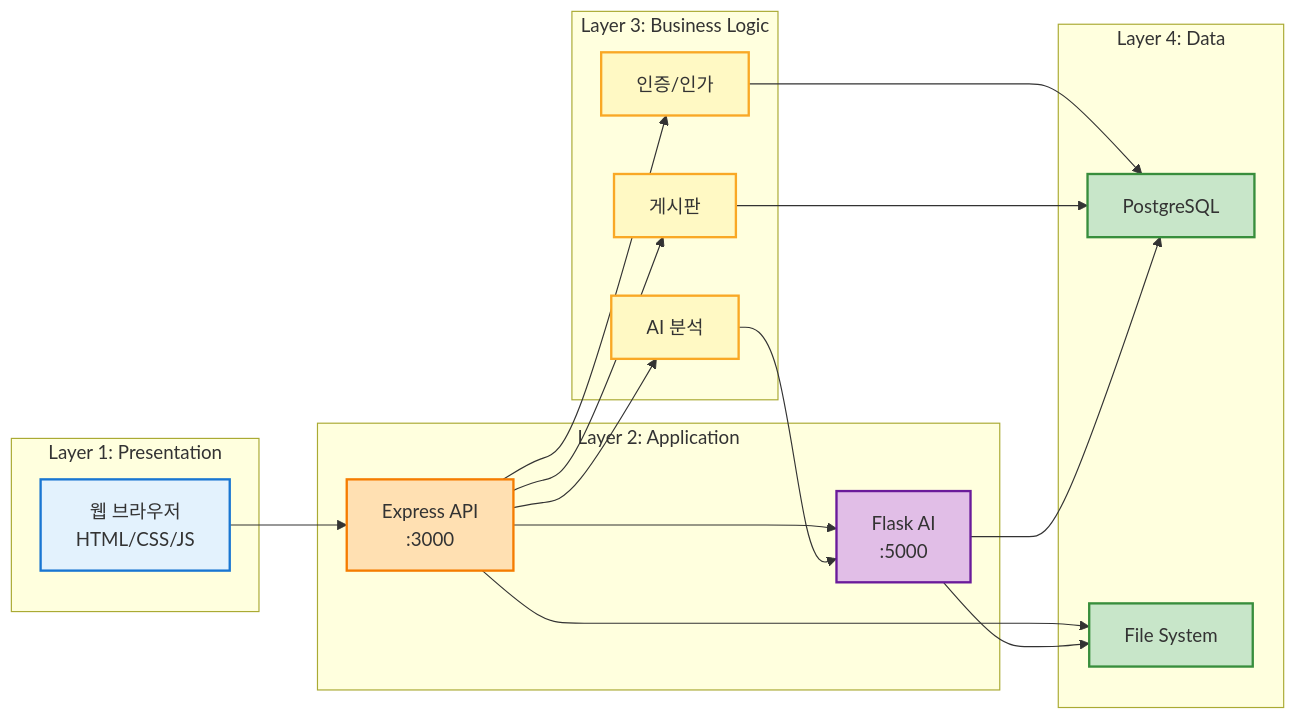
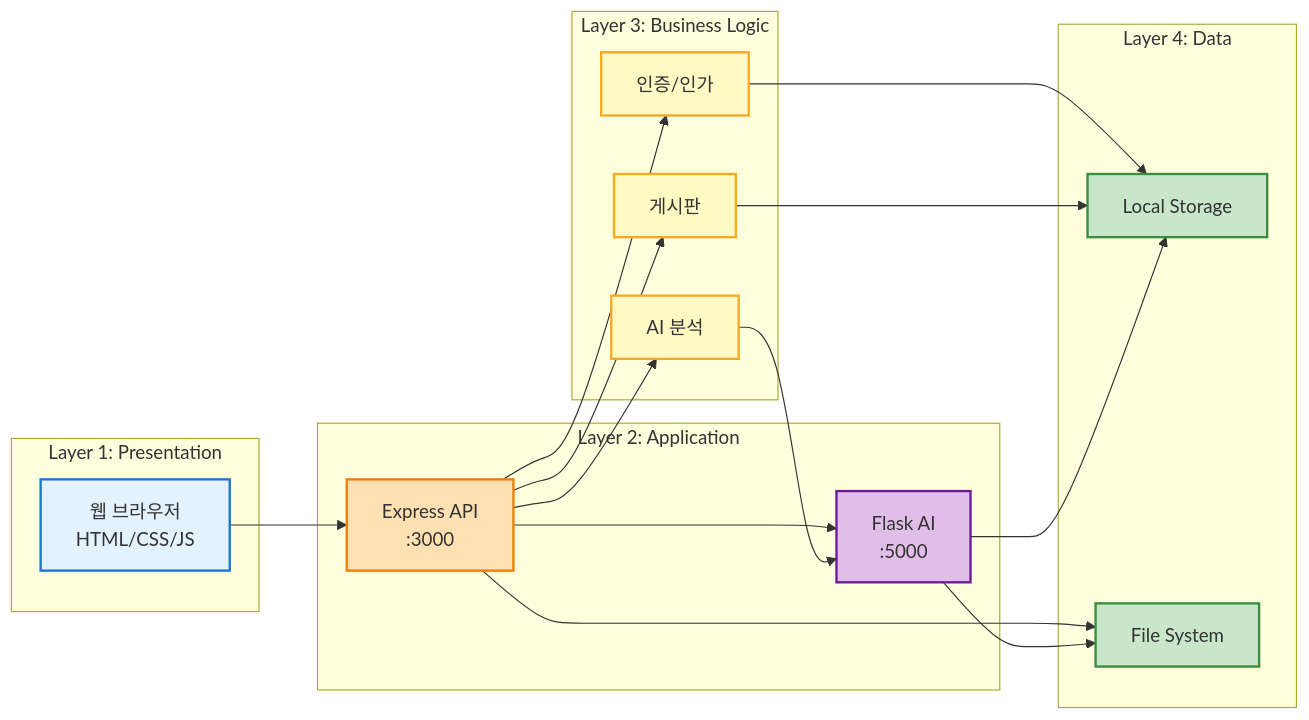
Before and after one commit to kyoe-23/DeepLearning_project: the second of 12 diagrams in Architecture.md, drawn with Mermaid. The commit also changed other lines of this file, not shown here.

Commit message:
수정 복구

````diff
--- a/Architecture.md
+++ b/Architecture.md
@@ -94,43 +94,43 @@
 ```mermaid
 graph LR
     subgraph "Layer 1: Presentation"
         UI["웹 브라우저<br/>HTML/CSS/JS"]
     end
 
     subgraph "Layer 2: Application"
         API["Express API<br/>:3000"]
         AI["Flask AI<br/>:5000"]
     end
 
     subgraph "Layer 3: Business Logic"
         AUTH["인증/인가"]
         BOARD["게시판"]
         ANALYSIS["AI 분석"]
     end
 
     subgraph "Layer 4: Data"
-        DB["PostgreSQL"]
+        DB["Local Storage"]
         FS["File System"]
     end
 
     UI --> API
     API --> AI
     API --> AUTH
     API --> BOARD
     API --> ANALYSIS
     AUTH --> DB
     BOARD --> DB
     ANALYSIS --> AI
     AI --> DB
     API --> FS
     AI --> FS
 
     style UI fill:#E3F2FD,stroke:#1976D2,stroke-width:2px
     style API fill:#FFE0B2,stroke:#F57C00,stroke-width:2px
     style AI fill:#E1BEE7,stroke:#6A1B9A,stroke-width:2px
     style AUTH fill:#FFF9C4,stroke:#F9A825,stroke-width:2px
     style BOARD fill:#FFF9C4,stroke:#F9A825,stroke-width:2px
     style ANALYSIS fill:#FFF9C4,stroke:#F9A825,stroke-width:2px
     style DB fill:#C8E6C9,stroke:#388E3C,stroke-width:2px
     style FS fill:#C8E6C9,stroke:#388E3C,stroke-width:2px
 ```
````
